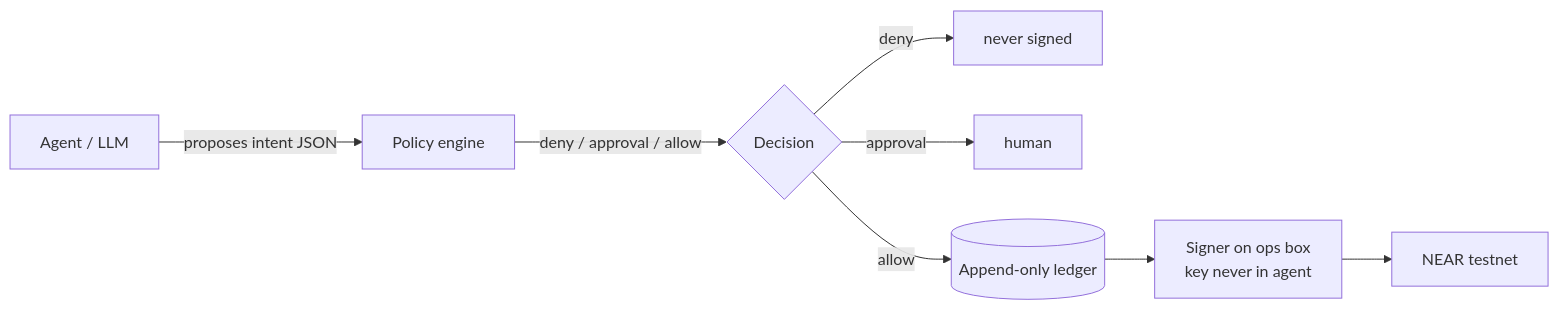
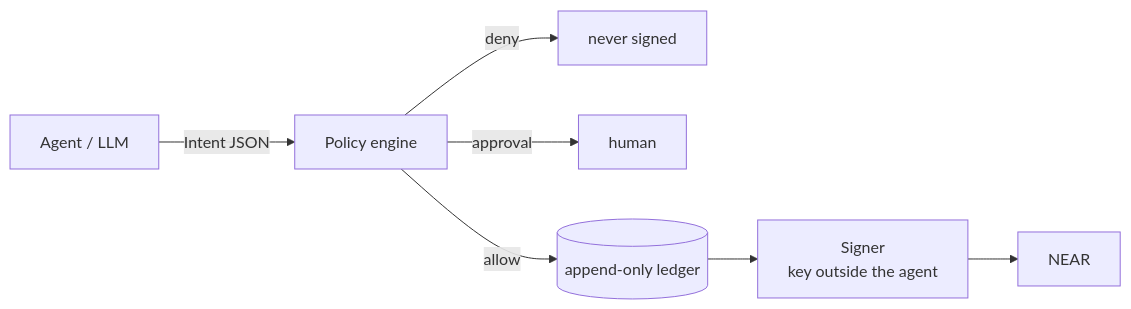
One commit to Hantsuo/near-agent-wallet changed the diagram in README.md. Above: the diagram before and after it, drawn with Mermaid. The commit also changed other lines of this file and 7 other files, not shown here.

````diff
--- a/README.md
+++ b/README.md
@@ -36,10 +64,9 @@
 ```mermaid
 flowchart LR
-  A[Agent / LLM] -->|proposes intent JSON| P[Policy engine]
-  P -->|deny / approval / allow| D{Decision}
-  D -->|deny| X[never signed]
-  D -->|approval| H[human]
-  D -->|allow| L[(Append-only ledger)]
-  L --> S[Signer on ops box<br/>key never in agent]
-  S --> N[NEAR testnet]
+  A[Agent / LLM] -->|Intent JSON| P[Policy engine]
+  P -->|deny| X[never signed]
+  P -->|approval| H[human]
+  P -->|allow| L[(append-only ledger)]
+  L --> S[Signer<br/>key outside the agent]
+  S --> N[NEAR]
 ```
````
